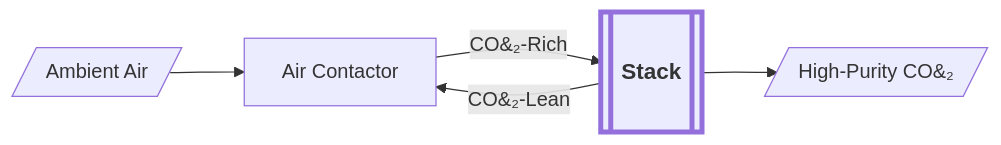
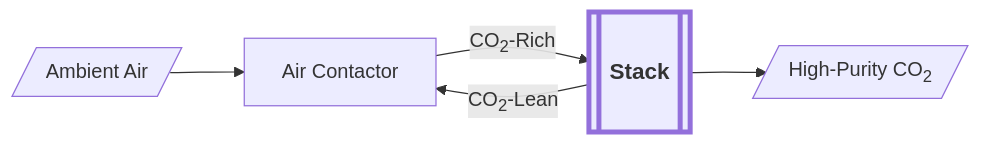
The first of 2 diagrams in content/tech/cdr/dac/_index.md (yuroucelinexiao/ionic-stacks), drawn with Mermaid before and after one commit. The commit also changed other lines of this file and 137 other files, not shown here.

```diff
--- a/content/tech/cdr/dac/_index.md
+++ b/content/tech/cdr/dac/_index.md
@@ -24,20 +24,20 @@
 {{<mermaid >}}
   flowchart LR
 
   %% define the nodes
     Ambient[/"Ambient Air"/]
     Contactor["Air Contactor"]
     Stack[["Stack"]]
-    Pure[/"High-Purity CO&#8322;"/]
+    Pure[/"High-Purity CO<sub>2</sub>"/]
 
   %% define the flow
     Ambient --> Contactor
-    Contactor -->|CO&#8322;-Rich| Stack
-    Stack --> |CO&#8322;-Lean| Contactor
+    Contactor -->|CO<sub>2</sub>-Rich| Stack
+    Stack --> |CO<sub>2</sub>-Lean| Contactor
     Stack --> Pure
 
    %% styling
     classDef StackStyle padding:25px 50px,stroke-width:4px,font-weight:bold,font-size:18px;
     class Stack StackStyle
 
 {{</mermaid >}}
```
